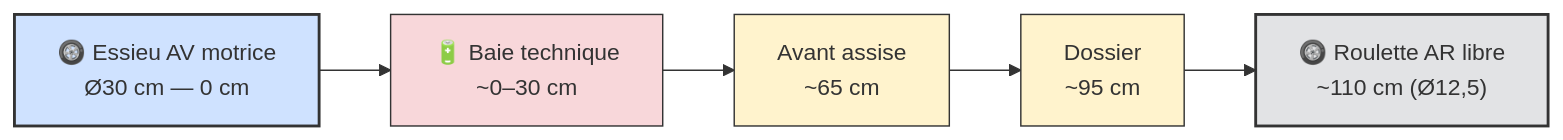
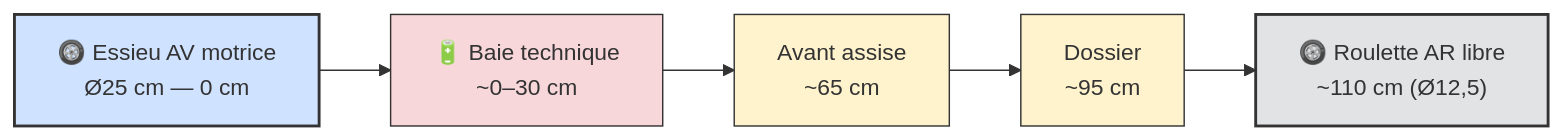
One commit to pinkymaxou/powered-soapbox-car changed the second of 10 diagrams in README.md. Above: the diagram before and after it, drawn with Mermaid. The commit also changed other lines of this file and 7 other files, not shown here.

````diff
--- a/README.md
+++ b/README.md
@@ -147,19 +147,19 @@
 ```mermaid
 flowchart LR
-    AV["🛞 Essieu AV motrice<br/>Ø30 cm — 0 cm"]
+    AV["🛞 Essieu AV motrice<br/>Ø25 cm — 0 cm"]
     BAY["🔋 Baie technique<br/>~0–30 cm"]
     ASS["Avant assise<br/>~65 cm"]
     DOS["Dossier<br/>~95 cm"]
     AR["🛞 Roulette AR libre<br/>~110 cm (Ø12,5)"]
 
     AV --> BAY --> ASS --> DOS --> AR
 
     classDef axe fill:#cfe2ff,stroke:#333,stroke-width:2px;
     classDef caster fill:#e2e3e5,stroke:#333,stroke-width:2px;
     classDef ergo fill:#fff3cd,stroke:#333;
     classDef elec fill:#f8d7da,stroke:#333;
     class AV axe;
     class AR caster;
     class ASS,DOS ergo;
     class BAY elec;
 ```
````
